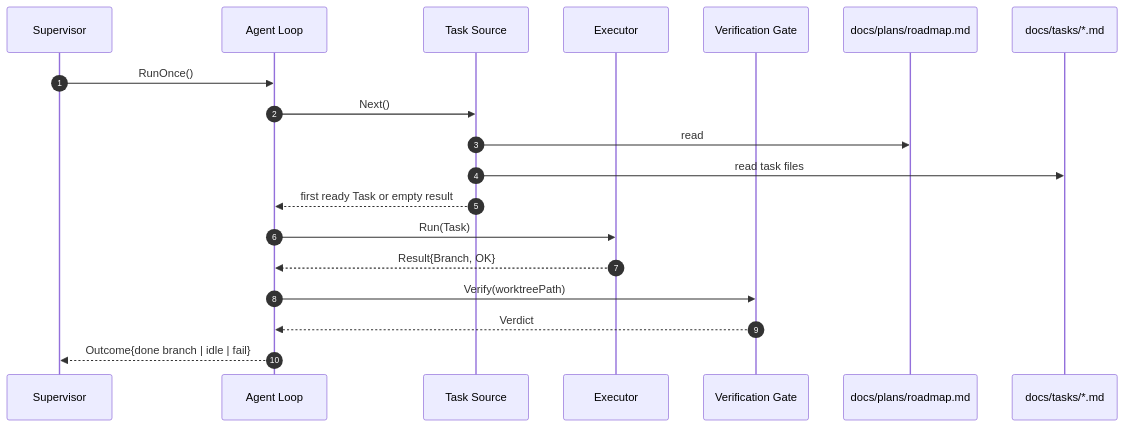
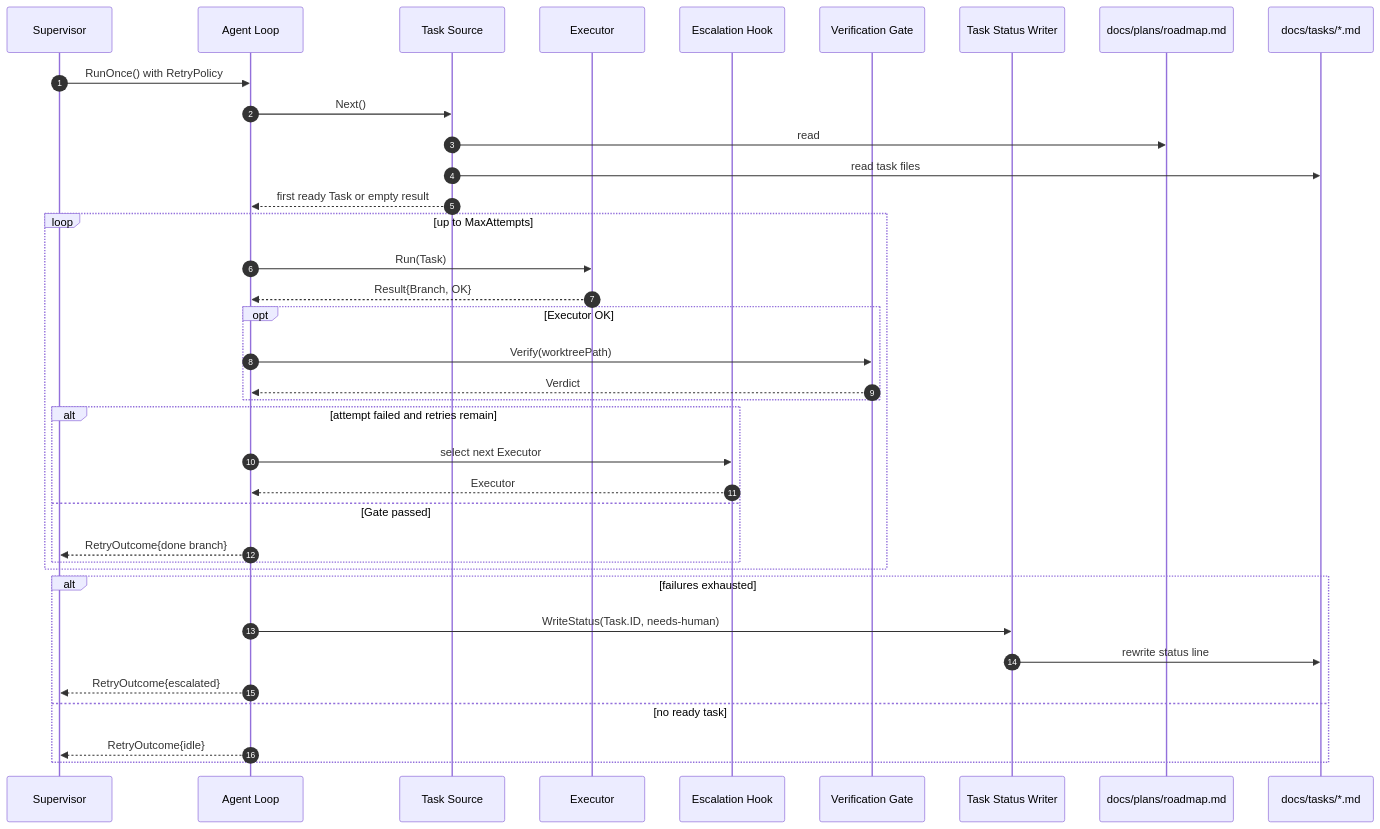
The fourth of 4 diagrams in docs/architecture/diagrams.md (tkdtaylor/agent-builder), drawn with Mermaid before and after one commit. The commit also changed other lines of this file and 10 other files, not shown here.

Commit message:
feat: complete task 013 — escalation retry policy

````diff
--- a/docs/architecture/diagrams.md
+++ b/docs/architecture/diagrams.md
@@ -98,22 +101,40 @@
 ```mermaid
 sequenceDiagram
     autonumber
     participant Supervisor
     participant AgentLoop as Agent Loop
     participant TaskSource as Task Source
     participant Executor
+    participant EscalationHook as Escalation Hook
     participant Gate as Verification Gate
+    participant StatusWriter as Task Status Writer
     participant Roadmap as docs/plans/roadmap.md
     participant Tasks as docs/tasks/*.md
 
-    Supervisor->>AgentLoop: RunOnce()
+    Supervisor->>AgentLoop: RunOnce() with RetryPolicy
     AgentLoop->>TaskSource: Next()
     TaskSource->>Roadmap: read
     TaskSource->>Tasks: read task files
     TaskSource-->>AgentLoop: first ready Task or empty result
-    AgentLoop->>Executor: Run(Task)
-    Executor-->>AgentLoop: Result{Branch, OK}
-    AgentLoop->>Gate: Verify(worktreePath)
-    Gate-->>AgentLoop: Verdict
-    AgentLoop-->>Supervisor: Outcome{done branch | idle | fail}
+    loop up to MaxAttempts
+        AgentLoop->>Executor: Run(Task)
+        Executor-->>AgentLoop: Result{Branch, OK}
+        opt Executor OK
+            AgentLoop->>Gate: Verify(worktreePath)
+            Gate-->>AgentLoop: Verdict
+        end
+        alt attempt failed and retries remain
+            AgentLoop->>EscalationHook: select next Executor
+            EscalationHook-->>AgentLoop: Executor
+        else Gate passed
+            AgentLoop-->>Supervisor: RetryOutcome{done branch}
+        end
+    end
+    alt failures exhausted
+        AgentLoop->>StatusWriter: WriteStatus(Task.ID, needs-human)
+        StatusWriter->>Tasks: rewrite status line
+        AgentLoop-->>Supervisor: RetryOutcome{escalated}
+    else no ready task
+        AgentLoop-->>Supervisor: RetryOutcome{idle}
+    end
 ```
````
